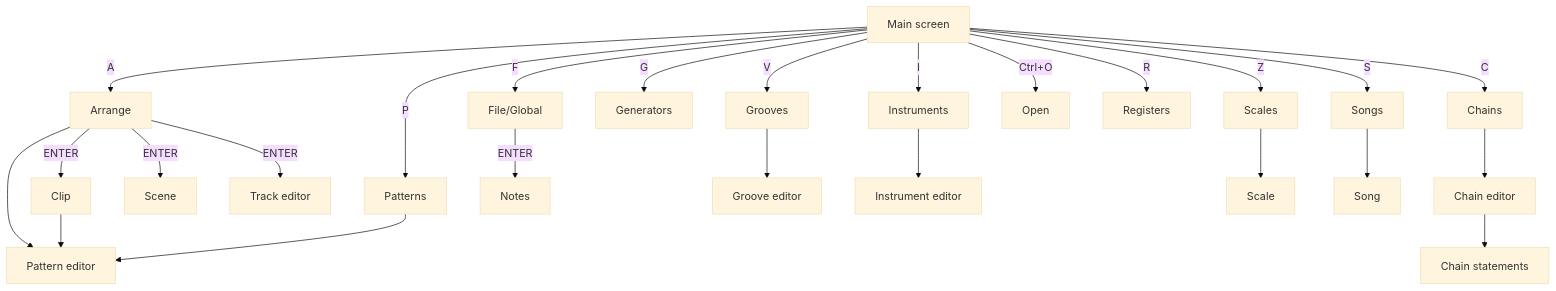
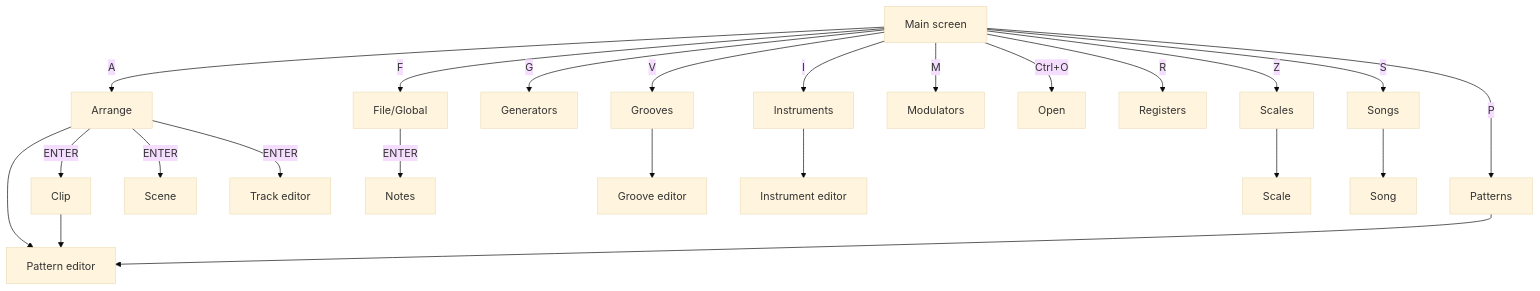
The diagram in docs/GETTING_STARTED.md (mpdehaan/llamatron), drawn with Mermaid (base theme) before and after one commit. The commit also changed other lines of this file and 60 other files, not shown here.

Commit message:
Modulators have a page of their own, a grid of the four by their settings whose columns keep their widths, opened with M on the main screen in the place of Chains, Load MIDI moving to L; a chain is made and opened on the Generators page.

````diff
--- a/docs/GETTING_STARTED.md
+++ b/docs/GETTING_STARTED.md
@@ -91,50 +91,46 @@
 ```mermaid
 flowchart TD
     MainPage["Main screen"]
     ArrangePage["Arrange"]
-    ChainsPage["Chains"]
     FilePage["File/Global"]
     GeneratorsPage["Generators"]
     GroovesPage["Grooves"]
     InstrumentsPage["Instruments"]
+    ModulatorsPage["Modulators"]
     OpenPage["Open"]
     PatternsPage["Patterns"]
     RegistersPage["Registers"]
     ScalesPage["Scales"]
     SongsPage["Songs"]
     ClipPage["Clip"]
     PatternEditor["Pattern editor"]
     ScenePage["Scene"]
     TrackEditor["Track editor"]
-    ChainEditor["Chain editor"]
     NotesPage["Notes"]
     GrooveEditor["Groove editor"]
     InstrumentEditor["Instrument editor"]
     ScalePage["Scale"]
     SongPage["Song"]
-    ChainStatementsPage["Chain statements"]
     ArrangePage -- "ENTER" --> ClipPage
     ArrangePage --> PatternEditor
     ArrangePage -- "ENTER" --> ScenePage
     ArrangePage -- "ENTER" --> TrackEditor
-    ChainEditor --> ChainStatementsPage
-    ChainsPage --> ChainEditor
     ClipPage --> PatternEditor
     FilePage -- "ENTER" --> NotesPage
     GroovesPage --> GrooveEditor
     InstrumentsPage --> InstrumentEditor
     MainPage -- "A" --> ArrangePage
-    MainPage -- "C" --> ChainsPage
     MainPage -- "F" --> FilePage
     MainPage -- "G" --> GeneratorsPage
     MainPage -- "V" --> GroovesPage
     MainPage -- "I" --> InstrumentsPage
+    MainPage -- "M" --> ModulatorsPage
     MainPage -- "Ctrl+O" --> OpenPage
     MainPage -- "P" --> PatternsPage
     MainPage -- "R" --> RegistersPage
     MainPage -- "Z" --> ScalesPage
     MainPage -- "S" --> SongsPage
     PatternsPage --> PatternEditor
     ScalesPage --> ScalePage
     SongsPage --> SongPage
 ```
````
